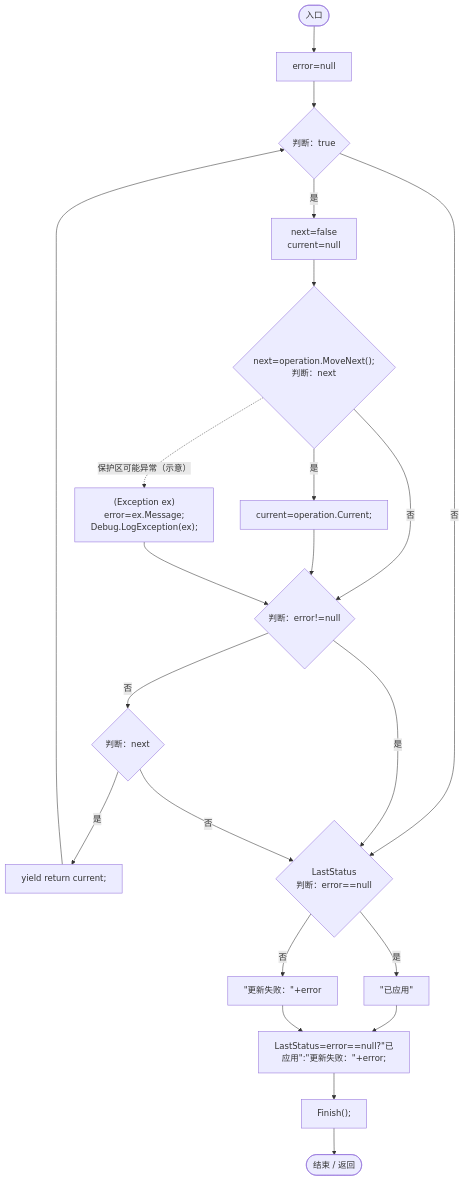
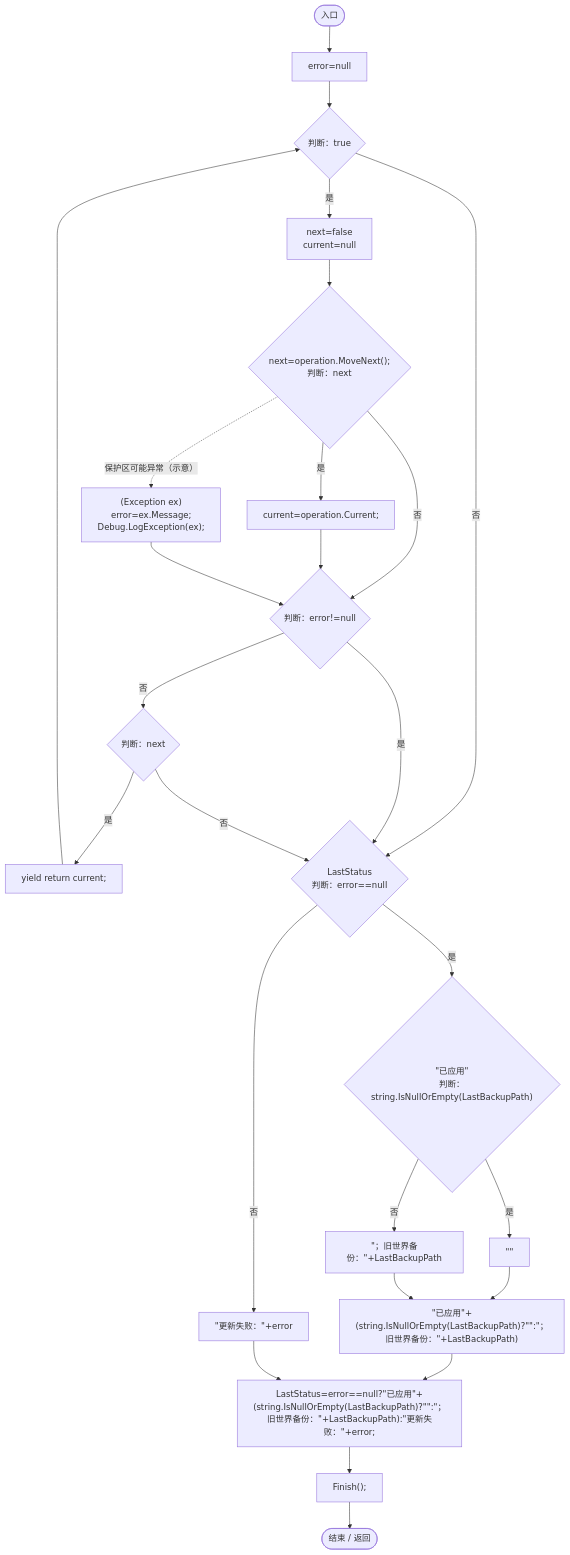
One commit to xhs6666/Darwin_paradise changed diagram 17 of 24 in Docs/运行流程图/脚本/4087d9be2a65e96f.md. Above: the diagram before and after it, drawn with Mermaid. The commit also changed other lines of this file and 150 other files, not shown here.

````diff
--- a/Docs/运行流程图/脚本/4087d9be2a65e96f.md
+++ b/Docs/运行流程图/脚本/4087d9be2a65e96f.md
@@ -604,41 +655,48 @@
 ```mermaid
 flowchart TD
   b0(["入口"])
   b1["error=null"]
   b2{"判断：true"}
   b3["next=false<br/>current=null"]
   b4{"next=operation.MoveNext();<br/>判断：next"}
   b5["current=operation.Current;"]
   b6["(Exception ex)<br/>error=ex.Message;<br/>Debug.LogException(ex);"]
   b7{"判断：error!=null"}
   b8{"判断：next"}
   b9["yield return current;"]
   b10{"LastStatus<br/>判断：error==null"}
-  b11["&quot;已应用&quot;"]
-  b12["&quot;更新失败：&quot;+error"]
-  b13["LastStatus=error==null?&quot;已应用&quot;:&quot;更新失败：&quot;+error;"]
-  b14["Finish();"]
-  b15(["结束 / 返回"])
+  b11{"&quot;已应用&quot;<br/>判断：string.IsNullOrEmpty(LastBackupPath)"}
+  b12["&quot;&quot;"]
+  b13["&quot;；旧世界备份：&quot;+LastBackupPath"]
+  b14["&quot;已应用&quot;+(string.IsNullOrEmpty(LastBackupPath)?&quot;&quot;:&quot;；旧世界备份：&quot;+LastBackupPath)"]
+  b15["&quot;更新失败：&quot;+error"]
+  b16["LastStatus=error==null?&quot;已应用&quot;+(string.IsNullOrEmpty(LastBackupPath)?&quot;&quot;:&quot;；旧世界备份：&quot;+LastBackupPath):&quot;更新失败：&quot;+error;"]
+  b17["Finish();"]
+  b18(["结束 / 返回"])
   b0 --> b1
   b1 --> b2
   b2 -->|"是"| b3
   b2 -->|"否"| b10
   b3 --> b4
   b4 -->|"是"| b5
   b4 -->|"否"| b7
   b5 --> b7
   b6 --> b7
   b7 -->|"否"| b8
   b7 -->|"是"| b10
   b8 -->|"否"| b10
   b8 -->|"是"| b9
   b9 --> b2
   b10 -->|"是"| b11
-  b10 -->|"否"| b12
-  b11 --> b13
-  b12 --> b13
+  b10 -->|"否"| b15
+  b11 -->|"是"| b12
+  b11 -->|"否"| b13
+  b12 --> b14
   b13 --> b14
-  b14 --> b15
+  b14 --> b16
+  b15 --> b16
+  b16 --> b17
+  b17 --> b18
   b4 -. "保护区可能异常（示意）" .-> b6
 
 ```
````
